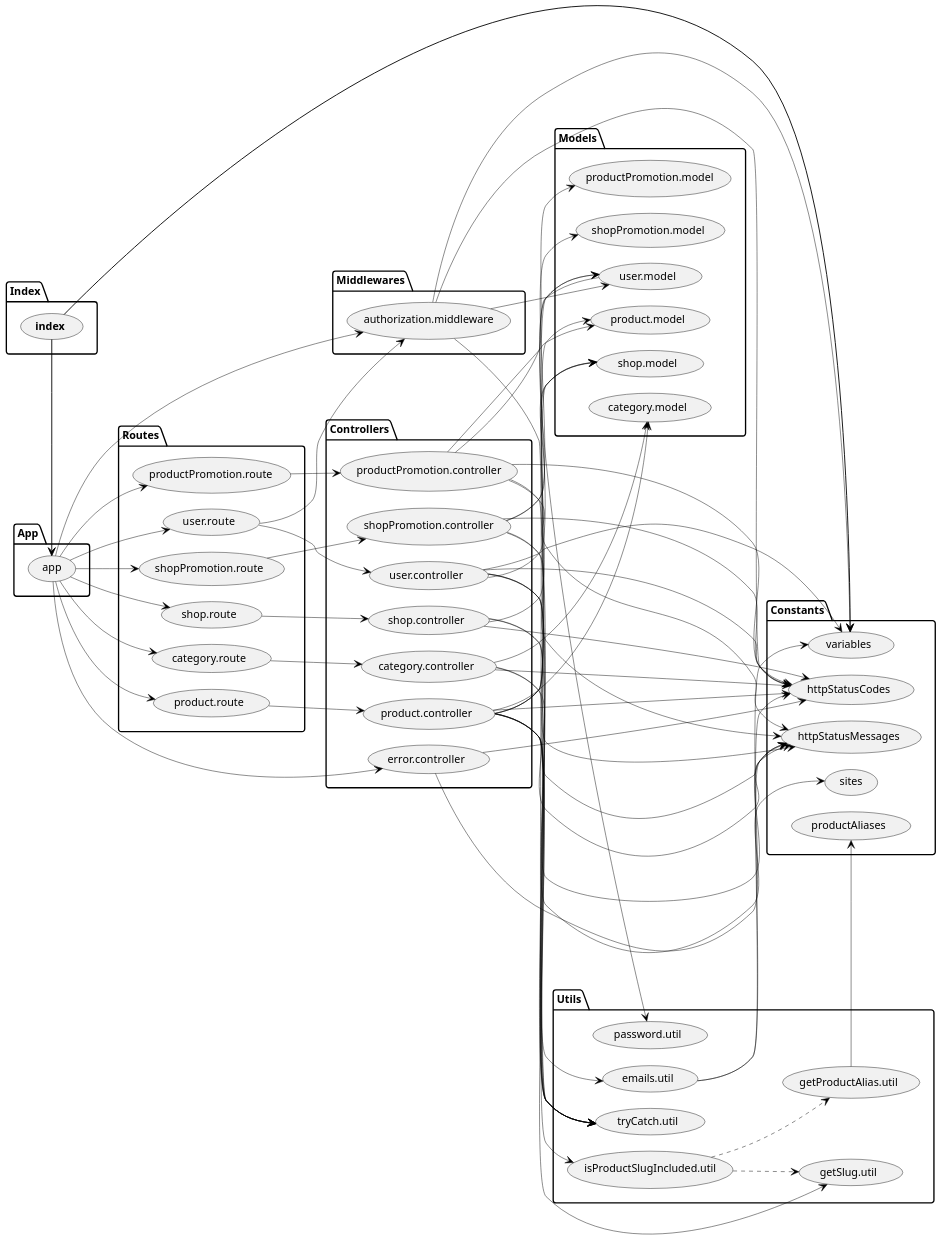
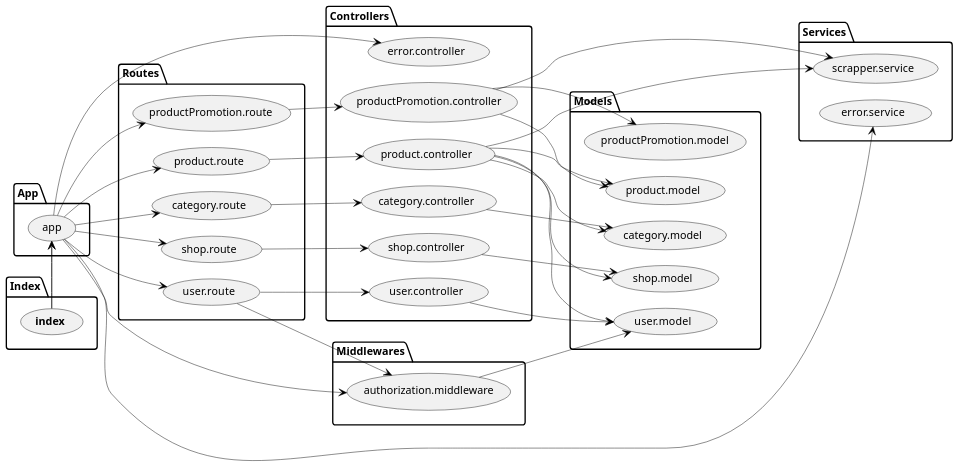
Before and after one commit to Kubciooo/thesis: the diagram in arkit.puml, drawn with PlantUML.

Commit message:
feat: update arkit

```diff
--- a/arkit.puml
+++ b/arkit.puml
@@ -1,156 +1,108 @@
 @startuml
 
 scale max 1920 width
 left to right direction
 
 skinparam nodesep 18
 skinparam ranksep 37
 skinparam monochrome true
 skinparam shadowing false
 skinparam defaultFontName Tahoma
 skinparam defaultFontSize 12
 skinparam roundCorner 6
 skinparam dpi 150
 skinparam arrowColor black
 skinparam arrowThickness 0.5
 skinparam packageTitleAlignment left
 
 ' oval
 skinparam usecase {
   borderThickness 0.5
 }
 
 ' rectangle
 skinparam rectangle {
   borderThickness 0.5
 }
 
 ' component
 skinparam component {
   borderThickness 1
 }
 
 
 package "Index" {
   (<b>index</b>)
 }
 
 package "App" {
   (app)
 }
 
 package "Routes" {
   (category.route)
   (product.route)
   (productPromotion.route)
   (shop.route)
-  (shopPromotion.route)
   (user.route)
 }
 
 
 package "Controllers" {
   (category.controller)
   (error.controller)
   (product.controller)
   (productPromotion.controller)
   (shop.controller)
-  (shopPromotion.controller)
   (user.controller)
 }
 
 package "Models" {
   (category.model)
   (product.model)
   (productPromotion.model)
   (shop.model)
-  (shopPromotion.model)
   (user.model)
 }
 
-package "Utils" {
-  (emails.util)
-  (getProductAlias.util)
-  (getSlug.util)
-  (isProductSlugIncluded.util)
-  (password.util)
-  (tryCatch.util)
-}
 
 package "Middlewares" {
   (authorization.middleware)
 }
 
-package "Constants" {
-  (httpStatusCodes)
-  (httpStatusMessages)
-  (productAliases)
-  (sites)
-  (variables)
+
+
+package "Services" {
+    (scrapper.service)
+    (error.service)
 }
 
 (app) --> (authorization.middleware)
+(app) ------> (error.service)
 (app) --> (category.route)
 (app) --> (error.controller)
 (app) --> (product.route)
 (app) --> (productPromotion.route)
 (app) --> (shop.route)
-(app) --> (shopPromotion.route)
 (app) --> (user.route)
-(authorization.middleware) --> (httpStatusCodes)
-(authorization.middleware) --> (tryCatch.util)
-(authorization.middleware) --> (user.model)
-(authorization.middleware) --> (variables)
-(category.controller) --> (category.model)
-(category.controller) --> (httpStatusCodes)
-(category.controller) --> (httpStatusMessages)
-(category.controller) --> (tryCatch.util)
+(authorization.middleware) ---> (user.model)
+(category.controller) ---> (category.model)
 (category.route) --> (category.controller)
-(emails.util) --> (httpStatusCodes)
-(emails.util) --> (variables)
-(error.controller) --> (httpStatusCodes)
-(error.controller) --> (httpStatusMessages)
-(getProductAlias.util) --> (productAliases)
 (<b>index</b>) -[thickness=1]> (app)
-(<b>index</b>) -[thickness=1]> (variables)
-(isProductSlugIncluded.util) ..> (getProductAlias.util)
-(isProductSlugIncluded.util) ..> (getSlug.util)
-(product.controller) --> (category.model)
-(product.controller) --> (getSlug.util)
-(product.controller) --> (httpStatusCodes)
-(product.controller) --> (httpStatusMessages)
-(product.controller) --> (isProductSlugIncluded.util)
-(product.controller) --> (product.model)
-(product.controller) --> (shop.model)
-(product.controller) --> (sites)
-(product.controller) --> (tryCatch.util)
-(product.controller) --> (user.model)
+(product.controller) ---> (category.model)
+(product.controller) ---> (product.model)
+(product.controller) ---> (shop.model)
+(product.controller) ---> (user.model)
+(product.controller) -----> (scrapper.service)
 (product.route) --> (product.controller)
-(productPromotion.controller) --> (httpStatusCodes)
-(productPromotion.controller) --> (httpStatusMessages)
-(productPromotion.controller) --> (product.model)
-(productPromotion.controller) --> (productPromotion.model)
-(productPromotion.controller) --> (tryCatch.util)
+(productPromotion.controller) ---> (product.model)
+(productPromotion.controller) ---> (productPromotion.model)
+(productPromotion.controller)  -----> (scrapper.service)
 (productPromotion.route) --> (productPromotion.controller)
-(shop.controller) --> (httpStatusCodes)
-(shop.controller) --> (httpStatusMessages)
-(shop.controller) --> (shop.model)
-(shop.controller) --> (tryCatch.util)
+(shop.controller) ---> (shop.model)
 (shop.route) --> (shop.controller)
-(shopPromotion.controller) --> (httpStatusCodes)
-(shopPromotion.controller) --> (httpStatusMessages)
-(shopPromotion.controller) --> (shop.model)
-(shopPromotion.controller) --> (shopPromotion.model)
-(shopPromotion.controller) --> (tryCatch.util)
-(shopPromotion.route) --> (shopPromotion.controller)
-(user.controller) --> (emails.util)
-(user.controller) --> (httpStatusCodes)
-(user.controller) --> (httpStatusMessages)
-(user.controller) --> (tryCatch.util)
-(user.controller) --> (user.model)
-(user.controller) --> (variables)
-(user.model) --> (password.util)
+(user.controller) ---> (user.model)
 (user.route) --> (authorization.middleware)
 (user.route) --> (user.controller)
 
 @enduml
```
